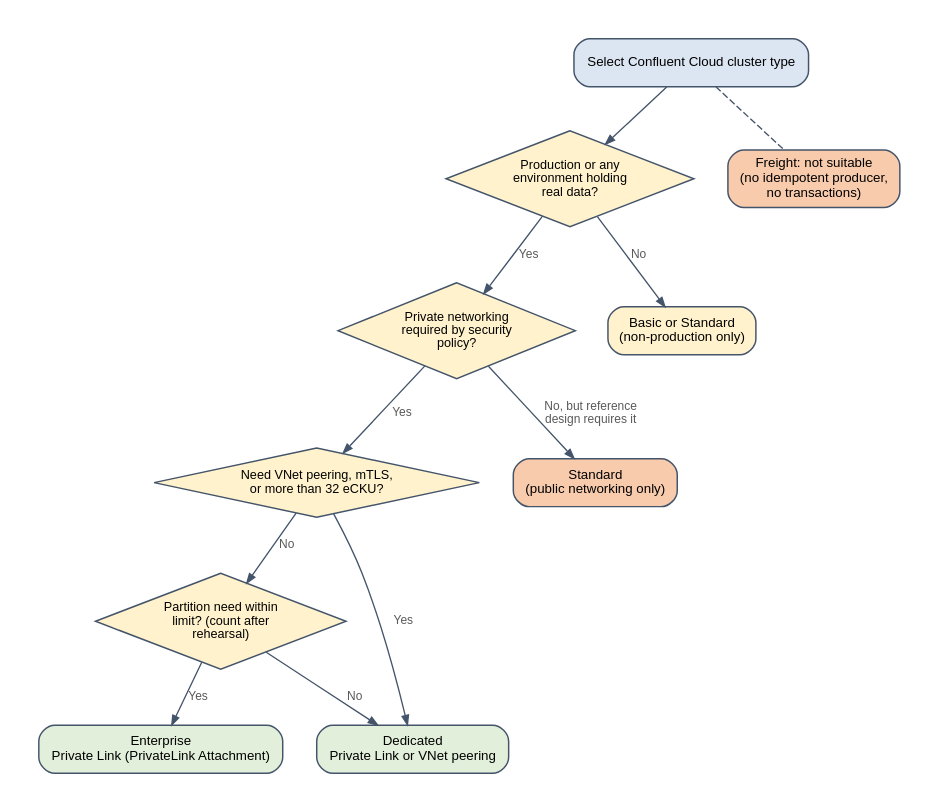
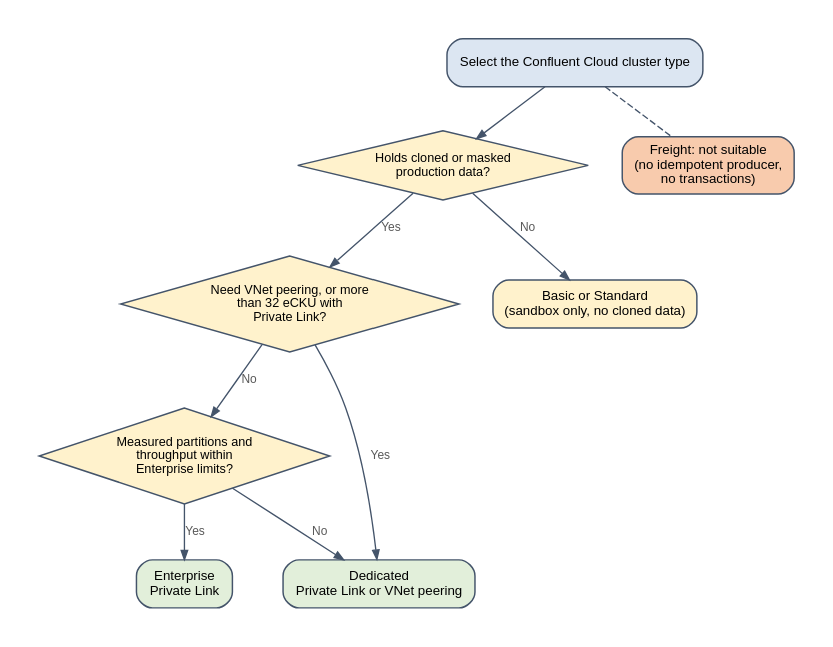
The diagram in runbook/img/generated/fig_decision_confluent.dot (ravislr-beep/Sukoon), drawn with Graphviz before and after one commit. The commit also changed 74 other files, not shown here.

Commit message:
Add naming, Helm values and reference sources for the clone-and-upgrade runbook; regenerate diagrams

```diff
--- a/runbook/img/generated/fig_decision_confluent.dot
+++ b/runbook/img/generated/fig_decision_confluent.dot
@@ -1,30 +1,26 @@
 digraph G {
 
   graph [fontname="Liberation Sans", fontsize=11, bgcolor="white", pad="0.3", nodesep="0.35", ranksep="0.45", fontcolor="#1F3864"];
   node  [fontname="Liberation Sans", fontsize=10, shape=box, style="rounded,filled", fillcolor="white", color="#44546A", penwidth=1.1, margin="0.14,0.07"];
   edge  [fontname="Liberation Sans", fontsize=9, color="#44546A", fontcolor="#595959", arrowsize=0.7, penwidth=1.0];
 
 
   rankdir=TB;
-  start [label="Select Confluent Cloud cluster type", fillcolor="#DCE6F2"];
-  q1 [shape=diamond, style="filled", fillcolor="#FFF2CC", label="Production or any\nenvironment holding\nreal data?", margin="0.04,0.04", fontsize=9.5];
-  q2 [shape=diamond, style="filled", fillcolor="#FFF2CC", label="Private networking\nrequired by security\npolicy?", margin="0.04,0.04", fontsize=9.5];
-  q3 [shape=diamond, style="filled", fillcolor="#FFF2CC", label="Need VNet peering, mTLS,\nor more than 32 eCKU?", margin="0.04,0.04", fontsize=9.5];
-  q4 [shape=diamond, style="filled", fillcolor="#FFF2CC", label="Partition need within\nlimit? (count after\nrehearsal)", margin="0.04,0.04", fontsize=9.5];
-  basic [label="Basic or Standard\n(non-production only)", fillcolor="#FFF2CC"];
-  std [label="Standard\n(public networking only)", fillcolor="#F8CBAD"];
-  ent [label="Enterprise\nPrivate Link (PrivateLink Attachment)", fillcolor="#E2EFDA"];
+  start [label="Select the Confluent Cloud cluster type", fillcolor="#DCE6F2"];
+  q1 [shape=diamond, style="filled", fillcolor="#FFF2CC", label="Holds cloned or masked\nproduction data?", margin="0.04,0.04", fontsize=9.5];
+  q2 [shape=diamond, style="filled", fillcolor="#FFF2CC", label="Need VNet peering, or more\nthan 32 eCKU with\nPrivate Link?", margin="0.04,0.04", fontsize=9.5];
+  q3 [shape=diamond, style="filled", fillcolor="#FFF2CC", label="Measured partitions and\nthroughput within\nEnterprise limits?", margin="0.04,0.04", fontsize=9.5];
+  basic [label="Basic or Standard\n(sandbox only, no cloned data)", fillcolor="#FFF2CC"];
+  ent [label="Enterprise\nPrivate Link", fillcolor="#E2EFDA"];
   ded [label="Dedicated\nPrivate Link or VNet peering", fillcolor="#E2EFDA"];
   frt [label="Freight: not suitable\n(no idempotent producer,\nno transactions)", fillcolor="#F8CBAD"];
   start -> q1;
   q1 -> basic [label="No"];
   q1 -> q2 [label="Yes"];
-  q2 -> std [label="No, but reference\ndesign requires it"];
-  q2 -> q3 [label="Yes"];
-  q3 -> ded [label="Yes"];
-  q3 -> q4 [label="No"];
-  q4 -> ent [label="Yes"];
-  q4 -> ded [label="No"];
+  q2 -> ded [label="Yes"];
+  q2 -> q3 [label="No"];
+  q3 -> ent [label="Yes"];
+  q3 -> ded [label="No"];
   start -> frt [style=dashed, arrowhead=none];
 
 }
```
